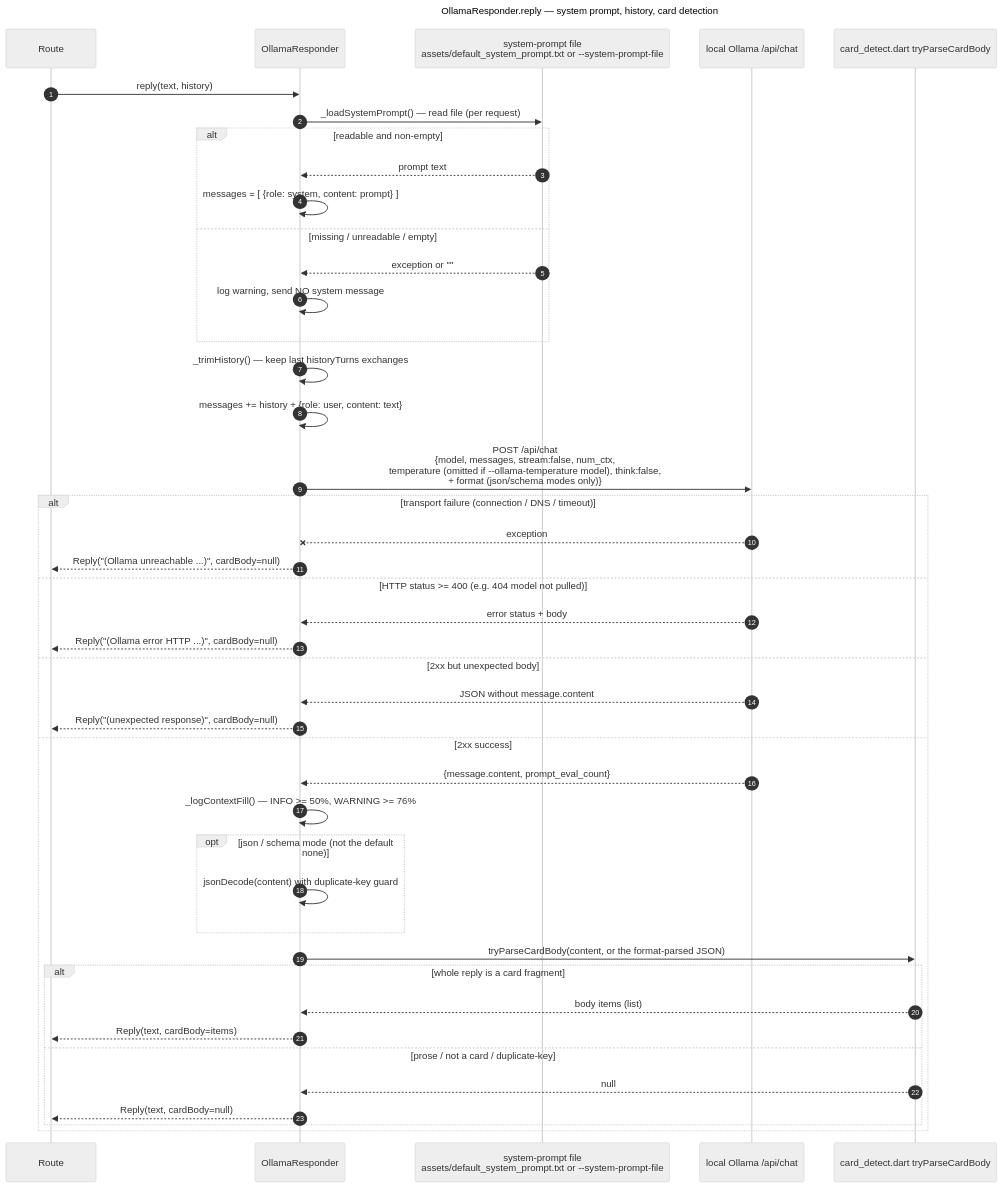
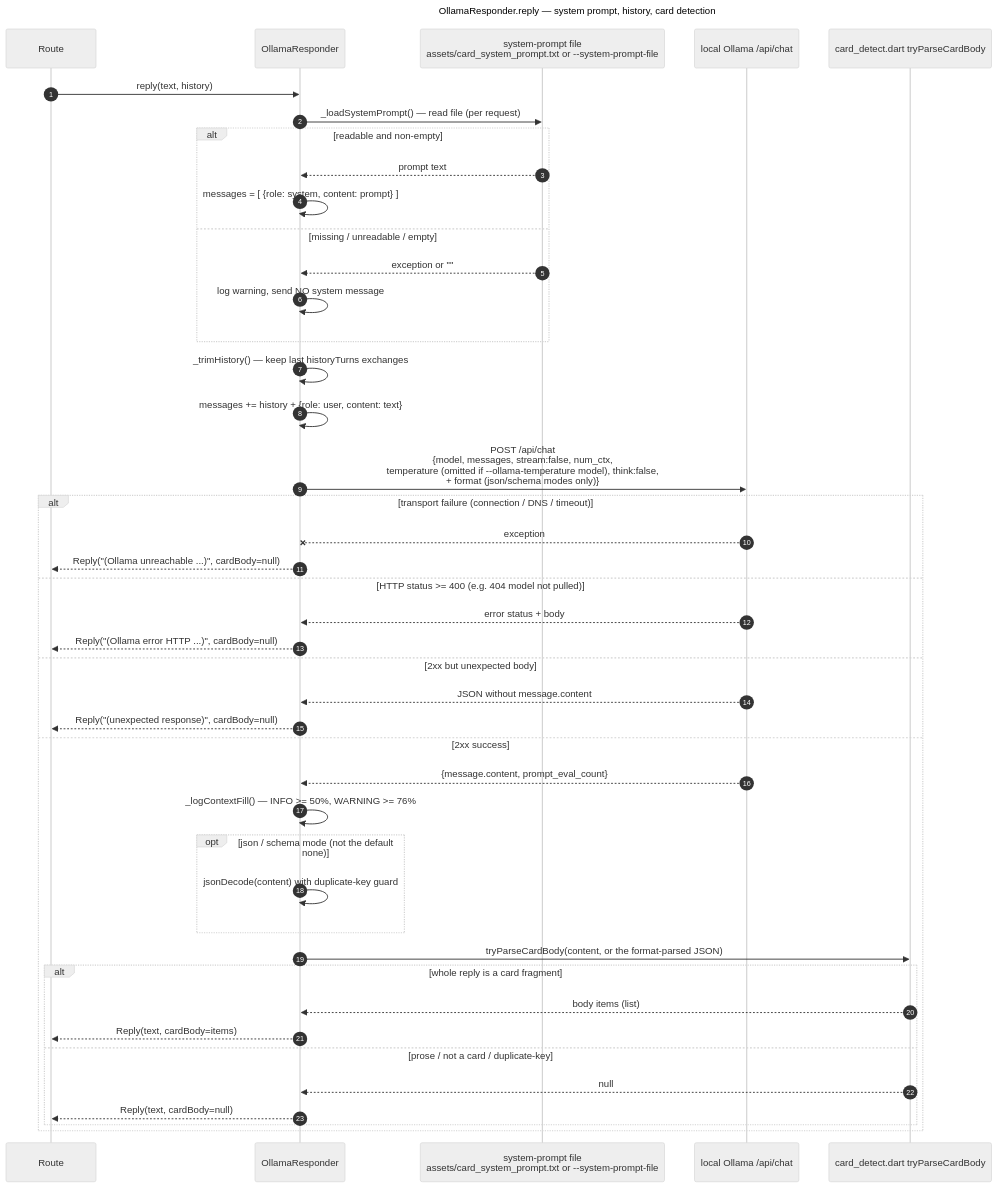
The third of 3 diagrams in adaptive_chat_server_dart/README.md (freemansoft/Flutter-AdaptiveCards), drawn with Mermaid (neutral theme) before and after one commit. The commit also changed other lines of this file and 11 other files, not shown here.

````diff
--- a/adaptive_chat_server_dart/README.md
+++ b/adaptive_chat_server_dart/README.md
@@ -380,49 +385,49 @@
 ```mermaid
 ---
 title: "OllamaResponder.reply — system prompt, history, card detection"
 ---
 sequenceDiagram
     autonumber
     participant R as Route
     participant O as OllamaResponder
-    participant F as system-prompt file<br/>assets/default_system_prompt.txt or --system-prompt-file
+    participant F as system-prompt file<br/>assets/card_system_prompt.txt or --system-prompt-file
     participant L as local Ollama /api/chat
     participant D as card_detect.dart tryParseCardBody
 
     R->>O: reply(text, history)
     O->>F: _loadSystemPrompt() — read file (per request)
     alt readable and non-empty
         F-->>O: prompt text
         O->>O: messages = [ {role: system, content: prompt} ]
     else missing / unreadable / empty
         F-->>O: exception or ""
         O->>O: log warning, send NO system message
     end
     O->>O: _trimHistory() — keep last historyTurns exchanges
     O->>O: messages += history + {role: user, content: text}
     O->>L: POST /api/chat<br/>{model, messages, stream:false, num_ctx,<br/>temperature (omitted if --ollama-temperature model), think:false,<br/>+ format (json/schema modes only)}
     alt transport failure (connection / DNS / timeout)
         L--xO: exception
         O-->>R: Reply("(Ollama unreachable ...)", cardBody=null)
     else HTTP status >= 400 (e.g. 404 model not pulled)
         L-->>O: error status + body
         O-->>R: Reply("(Ollama error HTTP ...)", cardBody=null)
     else 2xx but unexpected body
         L-->>O: JSON without message.content
         O-->>R: Reply("(unexpected response)", cardBody=null)
     else 2xx success
         L-->>O: {message.content, prompt_eval_count}
         O->>O: _logContextFill() — INFO >= 50%, WARNING >= 76%
         opt json / schema mode (not the default none)
             O->>O: jsonDecode(content) with duplicate-key guard
         end
         O->>D: tryParseCardBody(content, or the format-parsed JSON)
         alt whole reply is a card fragment
             D-->>O: body items (list)
             O-->>R: Reply(text, cardBody=items)
         else prose / not a card / duplicate-key
             D-->>O: null
             O-->>R: Reply(text, cardBody=null)
         end
     end
 ```
````
